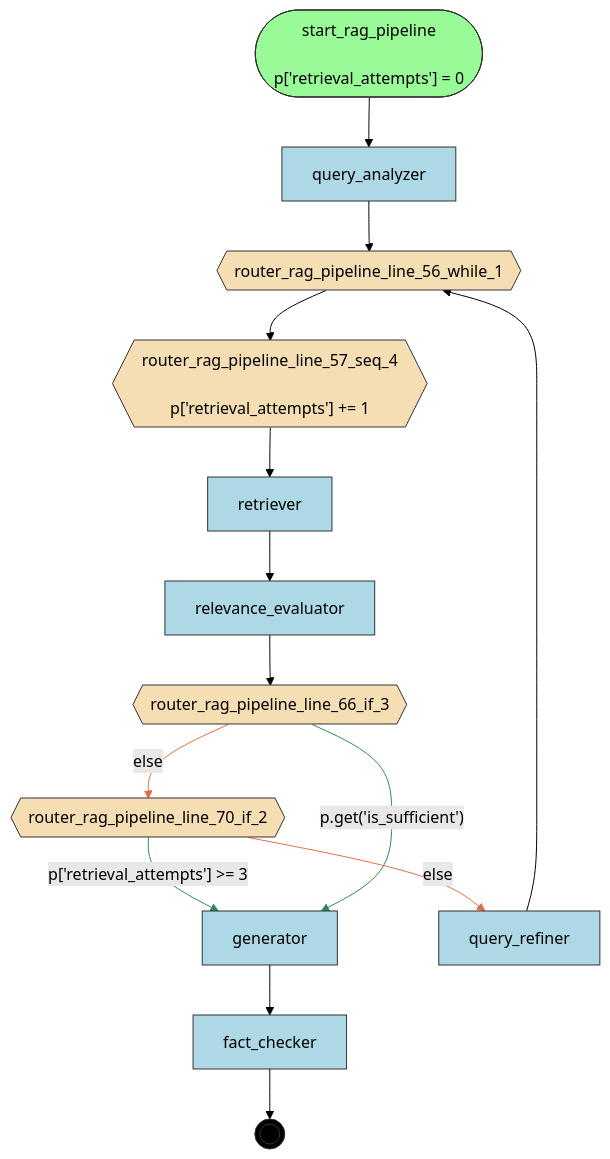
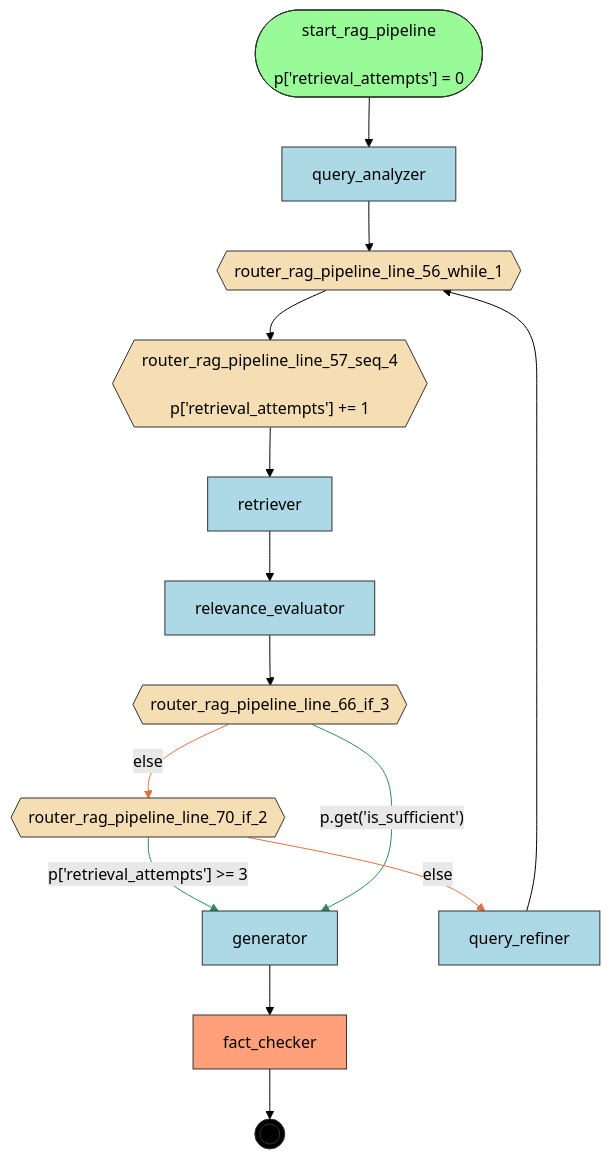
One commit to deliveryhero/asya changed the diagram in examples/flows/agentic/compiled/rag_pipeline/flow.mmd. Above: the diagram before and after it, drawn with Mermaid (forest theme). The commit also changed 364 other files, not shown here.

First line of the commit message:
feat(compiler): Phase 2 — 5-step pipeline with manifest generation and FlowInfo (#339)

```diff
--- a/examples/flows/agentic/compiled/rag_pipeline/flow.mmd
+++ b/examples/flows/agentic/compiled/rag_pipeline/flow.mmd
@@ -1,40 +1,42 @@
 flowchart TD
     %% Flow: rag_pipeline
 
     fact_checker[fact_checker]
     generator[generator]
     query_analyzer[query_analyzer]
     query_refiner[query_refiner]
     relevance_evaluator[relevance_evaluator]
     retriever[retriever]
     router_rag_pipeline_line_56_while_1{{router_rag_pipeline_line_56_while_1}}
     router_rag_pipeline_line_57_seq_4{{"router_rag_pipeline_line_57_seq_4<br/><br/>p['retrieval_attempts'] += 1"}}
     router_rag_pipeline_line_66_if_3{{router_rag_pipeline_line_66_if_3}}
     router_rag_pipeline_line_70_if_2{{router_rag_pipeline_line_70_if_2}}
     start_rag_pipeline(["start_rag_pipeline<br/><br/>p['retrieval_attempts'] = 0"])
     __end__((( )))
 
     start_rag_pipeline --> query_analyzer
     query_analyzer --> router_rag_pipeline_line_56_while_1
     router_rag_pipeline_line_70_if_2 -->|"else"| query_refiner
     router_rag_pipeline_line_70_if_2 -->|"p['retrieval_attempts'] >= 3"| generator
     generator --> fact_checker
     router_rag_pipeline_line_66_if_3 -->|"else"| router_rag_pipeline_line_70_if_2
     router_rag_pipeline_line_66_if_3 -->|"p.get('is_sufficient')"| generator
     router_rag_pipeline_line_57_seq_4 --> retriever
     retriever --> relevance_evaluator
     relevance_evaluator --> router_rag_pipeline_line_66_if_3
     router_rag_pipeline_line_56_while_1 --> router_rag_pipeline_line_57_seq_4
     query_refiner --> router_rag_pipeline_line_56_while_1
     fact_checker --> __end__
 
-    classDef entrypoint fill:#98FB98,stroke:#333
+    classDef start fill:#98FB98,stroke:#333
+    classDef endnode fill:#FFA07A,stroke:#333
     classDef router fill:#F5DEB3,stroke:#333
     classDef handler fill:#ADD8E6,stroke:#333
     classDef endpoint fill:#000,stroke:#333,color:#fff
-    class start_rag_pipeline entrypoint
+    class start_rag_pipeline start
+    class fact_checker endnode
     class router_rag_pipeline_line_56_while_1,router_rag_pipeline_line_57_seq_4,router_rag_pipeline_line_66_if_3,router_rag_pipeline_line_70_if_2 router
-    class fact_checker,generator,query_analyzer,query_refiner,relevance_evaluator,retriever handler
+    class generator,query_analyzer,query_refiner,relevance_evaluator,retriever handler
     class __end__ endpoint
     linkStyle 3,6 stroke:#2E8B57
     linkStyle 2,5 stroke:#E07040
```
